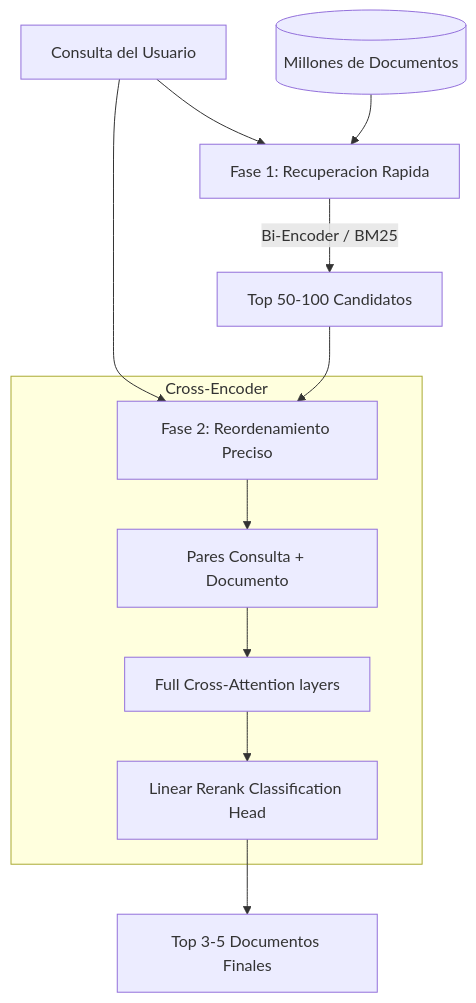
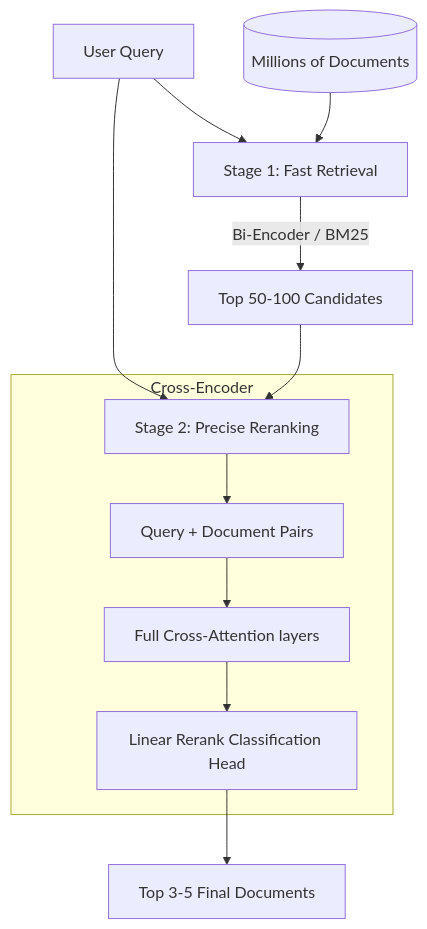
The diagram in README.md (juanmmm21/cross-encoder-reranker), drawn with Mermaid before and after one commit. The commit also changed other lines of this file, not shown here.

````diff
--- a/README.md
+++ b/README.md
@@ -11,18 +11,18 @@
 ```mermaid
 graph TD
-    Query[Consulta del Usuario] --> Stage1[Fase 1: Recuperacion Rapida]
-    Corpus[(Millones de Documentos)] --> Stage1
+    Query[User Query] --> Stage1[Stage 1: Fast Retrieval]
+    Corpus[(Millions of Documents)] --> Stage1
     
-    Stage1 -->|Bi-Encoder / BM25| Candidates[Top 50-100 Candidatos]
+    Stage1 -->|Bi-Encoder / BM25| Candidates[Top 50-100 Candidates]
     
-    Query --> Stage2[Fase 2: Reordenamiento Preciso]
+    Query --> Stage2[Stage 2: Precise Reranking]
     Candidates --> Stage2
     
     subgraph Cross-Encoder
-        Stage2 --> PairConcat[Pares Consulta + Documento]
+        Stage2 --> PairConcat[Query + Document Pairs]
         PairConcat --> CrossAttention[Full Cross-Attention layers]
         CrossAttention --> ClassificationHead[Linear Rerank Classification Head]
     end
     
-    ClassificationHead --> FinalRank[Top 3-5 Documentos Finales]
+    ClassificationHead --> FinalRank[Top 3-5 Final Documents]
 ```
````
